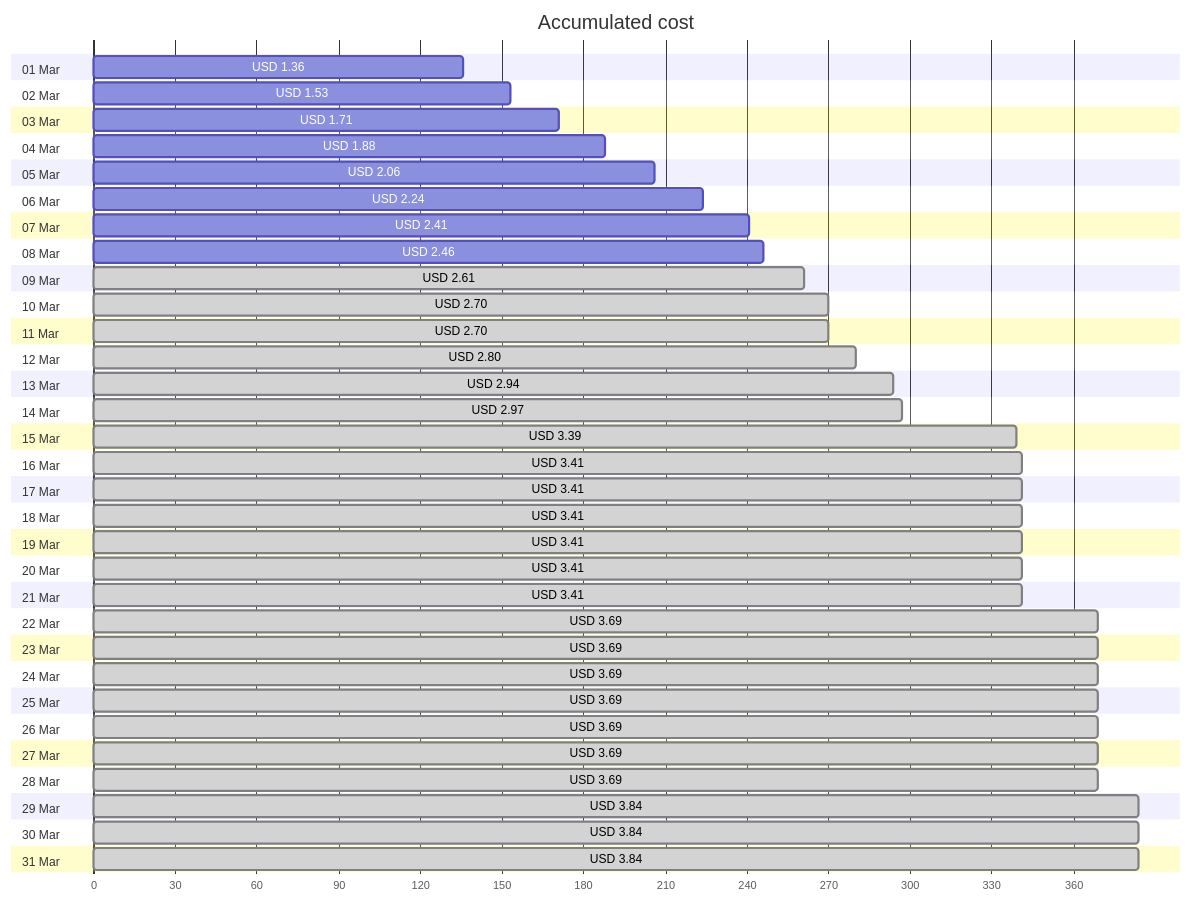
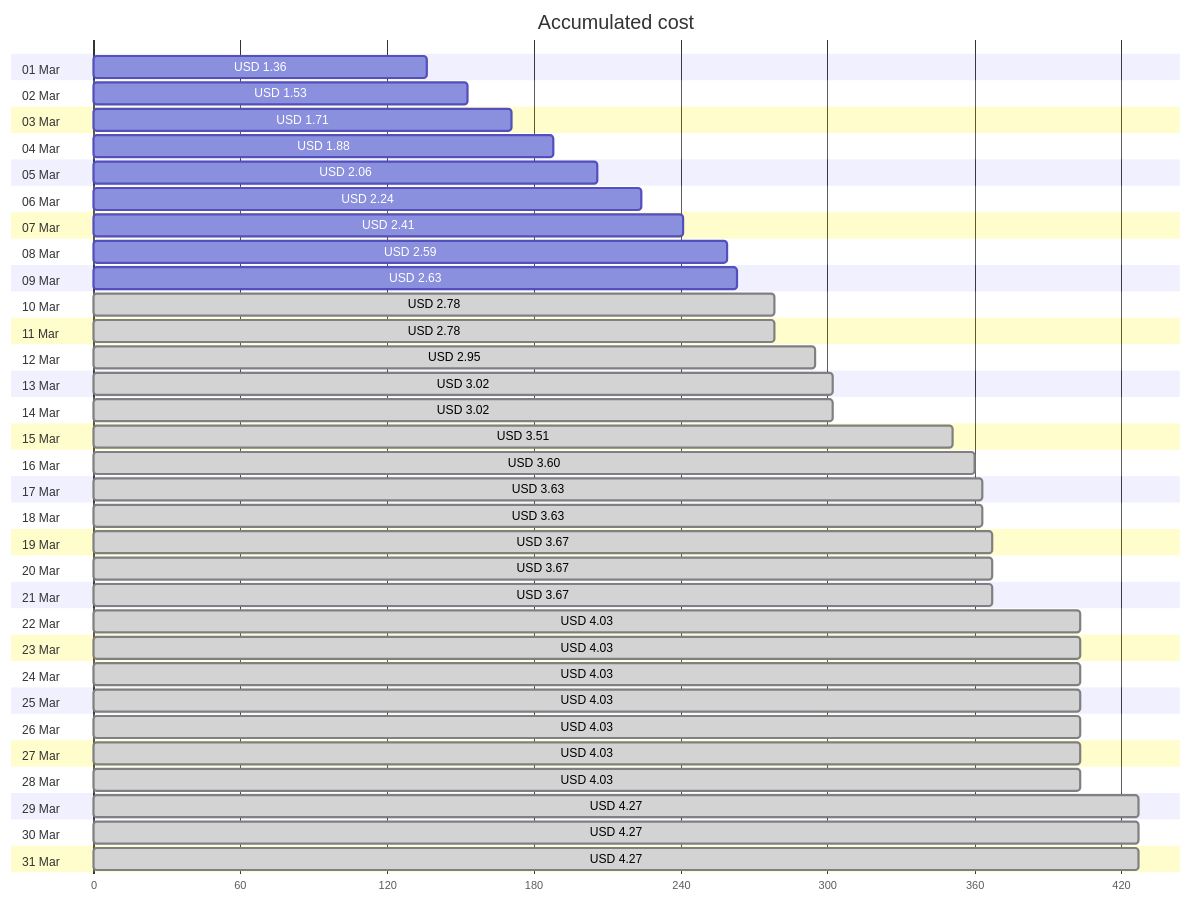
Before and after one commit to jpfulton/azure-personal-reports: the first of 4 diagrams in cost-reports/personal-network/vpn-server.md, drawn with Mermaid. The commit also changed other lines of this file and 8 other files, not shown here.

````diff
--- a/cost-reports/personal-network/vpn-server.md
+++ b/cost-reports/personal-network/vpn-server.md
@@ -20,68 +20,68 @@
 ```mermaid
 gantt
    title Accumulated cost
    dateFormat  X
    axisFormat %s
    section 01 Mar
    USD 1.36 :0, 136
    section 02 Mar
    USD 1.53 :0, 153
    section 03 Mar
    USD 1.71 :0, 171
    section 04 Mar
    USD 1.88 :0, 188
    section 05 Mar
    USD 2.06 :0, 206
    section 06 Mar
    USD 2.24 :0, 224
    section 07 Mar
    USD 2.41 :0, 241
    section 08 Mar
-   USD 2.46 :0, 246
+   USD 2.59 :0, 259
    section 09 Mar
-   USD 2.61 : done, 0, 261
+   USD 2.63 :0, 263
    section 10 Mar
-   USD 2.70 : done, 0, 270
+   USD 2.78 : done, 0, 278
    section 11 Mar
-   USD 2.70 : done, 0, 270
+   USD 2.78 : done, 0, 278
    section 12 Mar
-   USD 2.80 : done, 0, 280
+   USD 2.95 : done, 0, 295
    section 13 Mar
-   USD 2.94 : done, 0, 294
+   USD 3.02 : done, 0, 302
    section 14 Mar
-   USD 2.97 : done, 0, 297
+   USD 3.02 : done, 0, 302
    section 15 Mar
-   USD 3.39 : done, 0, 339
+   USD 3.51 : done, 0, 351
    section 16 Mar
-   USD 3.41 : done, 0, 341
+   USD 3.60 : done, 0, 360
    section 17 Mar
-   USD 3.41 : done, 0, 341
+   USD 3.63 : done, 0, 363
    section 18 Mar
-   USD 3.41 : done, 0, 341
+   USD 3.63 : done, 0, 363
    section 19 Mar
-   USD 3.41 : done, 0, 341
+   USD 3.67 : done, 0, 367
    section 20 Mar
-   USD 3.41 : done, 0, 341
+   USD 3.67 : done, 0, 367
    section 21 Mar
-   USD 3.41 : done, 0, 341
+   USD 3.67 : done, 0, 367
    section 22 Mar
-   USD 3.69 : done, 0, 369
+   USD 4.03 : done, 0, 403
    section 23 Mar
-   USD 3.69 : done, 0, 369
+   USD 4.03 : done, 0, 403
    section 24 Mar
-   USD 3.69 : done, 0, 369
+   USD 4.03 : done, 0, 403
    section 25 Mar
-   USD 3.69 : done, 0, 369
+   USD 4.03 : done, 0, 403
    section 26 Mar
-   USD 3.69 : done, 0, 369
+   USD 4.03 : done, 0, 403
    section 27 Mar
-   USD 3.69 : done, 0, 369
+   USD 4.03 : done, 0, 403
    section 28 Mar
-   USD 3.69 : done, 0, 369
+   USD 4.03 : done, 0, 403
    section 29 Mar
-   USD 3.84 : done, 0, 384
+   USD 4.27 : done, 0, 427
    section 30 Mar
-   USD 3.84 : done, 0, 384
+   USD 4.27 : done, 0, 427
    section 31 Mar
-   USD 3.84 : done, 0, 384
+   USD 4.27 : done, 0, 427
 ```
````
